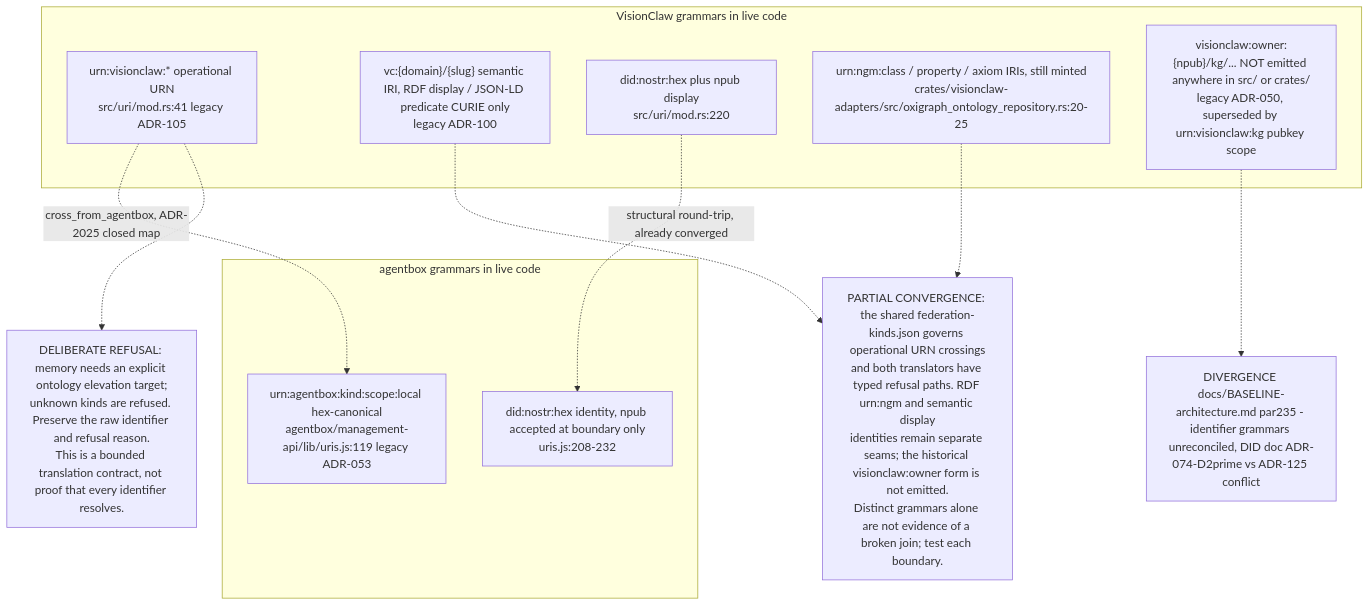
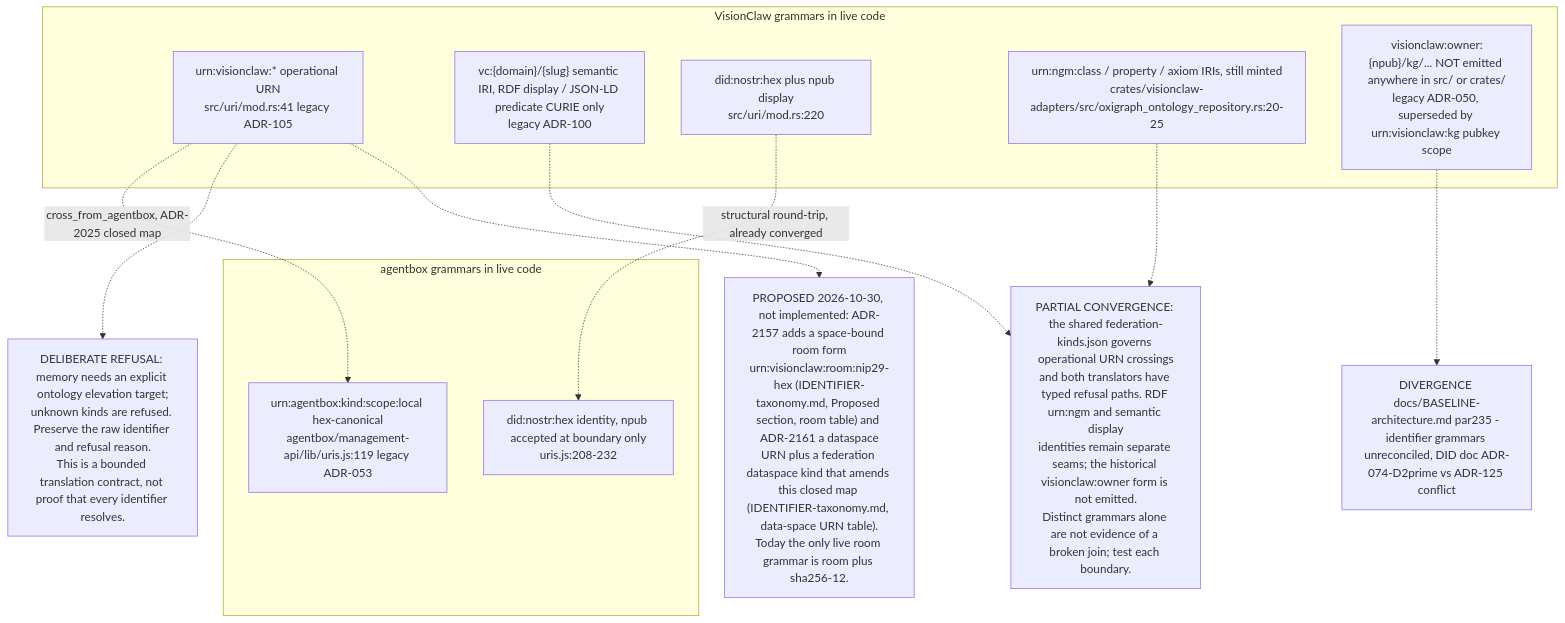
One commit to DreamLab-AI/VisionFlow changed the tenth of 12 diagrams in docs/diagrams/estate/03-cross-repo-federation-contract.md. Above: the diagram before and after it, drawn with Mermaid. The commit also changed other lines of this file and 151 other files, not shown here.

````diff
--- a/docs/diagrams/estate/03-cross-repo-federation-contract.md
+++ b/docs/diagrams/estate/03-cross-repo-federation-contract.md
@@ -422,23 +422,25 @@
 ```mermaid
 flowchart TD
     subgraph VC["VisionClaw grammars in live code"]
         G1["urn:visionclaw:* operational URN<br/>src/uri/mod.rs:41 legacy ADR-105"]
         G2["vc:{domain}/{slug} semantic IRI, RDF display / JSON-LD predicate CURIE only<br/>legacy ADR-100"]
         G3["did:nostr:hex plus npub display<br/>src/uri/mod.rs:220"]
         G4["urn:ngm:class / property / axiom IRIs, still minted<br/>crates/visionclaw-adapters/src/oxigraph_ontology_repository.rs:20-25"]
         G5["visionclaw:owner:{npub}/kg/... NOT emitted anywhere in src/ or crates/<br/>legacy ADR-050, superseded by urn:visionclaw:kg pubkey scope"]
     end
     subgraph AB["agentbox grammars in live code"]
         G6["urn:agentbox:kind:scope:local hex-canonical<br/>agentbox/management-api/lib/uris.js:119 legacy ADR-053"]
         G7["did:nostr:hex identity, npub accepted at boundary only<br/>uris.js:208-232"]
     end
     G1 -. "cross_from_agentbox, ADR-2025 closed map" .-> G6
     G3 -. "structural round-trip, already converged" .-> G7
     NOTE1["PARTIAL CONVERGENCE: the shared federation-kinds.json governs operational URN crossings<br/>and both translators have typed refusal paths. RDF urn:ngm and semantic display<br/>identities remain separate seams; the historical visionclaw:owner form is not emitted.<br/>Distinct grammars alone are not evidence of a broken join; test each boundary."]
     NOTE2["DIVERGENCE docs/BASELINE-architecture.md par235 - identifier grammars unreconciled, DID doc ADR-074-D2prime vs ADR-125 conflict"]
     NOTE3["DELIBERATE REFUSAL: memory needs an explicit ontology elevation target;<br/>unknown kinds are refused. Preserve the raw identifier and refusal reason.<br/>This is a bounded translation contract, not proof that every identifier resolves."]
+    NOTE4["PROPOSED 2026-10-30, not implemented: ADR-2157 adds a space-bound room form<br/>urn:visionclaw:room:nip29-hex (IDENTIFIER-taxonomy.md, Proposed section, room table) and ADR-2161 a dataspace<br/>URN plus a federation dataspace kind that amends this closed map (IDENTIFIER-taxonomy.md, data-space URN table).<br/>Today the only live room grammar is room plus sha256-12."]
     G4 -.-> NOTE1
     G2 -.-> NOTE1
     G5 -.-> NOTE2
     G1 -.-> NOTE3
+    G1 -.-> NOTE4
 ```
````
